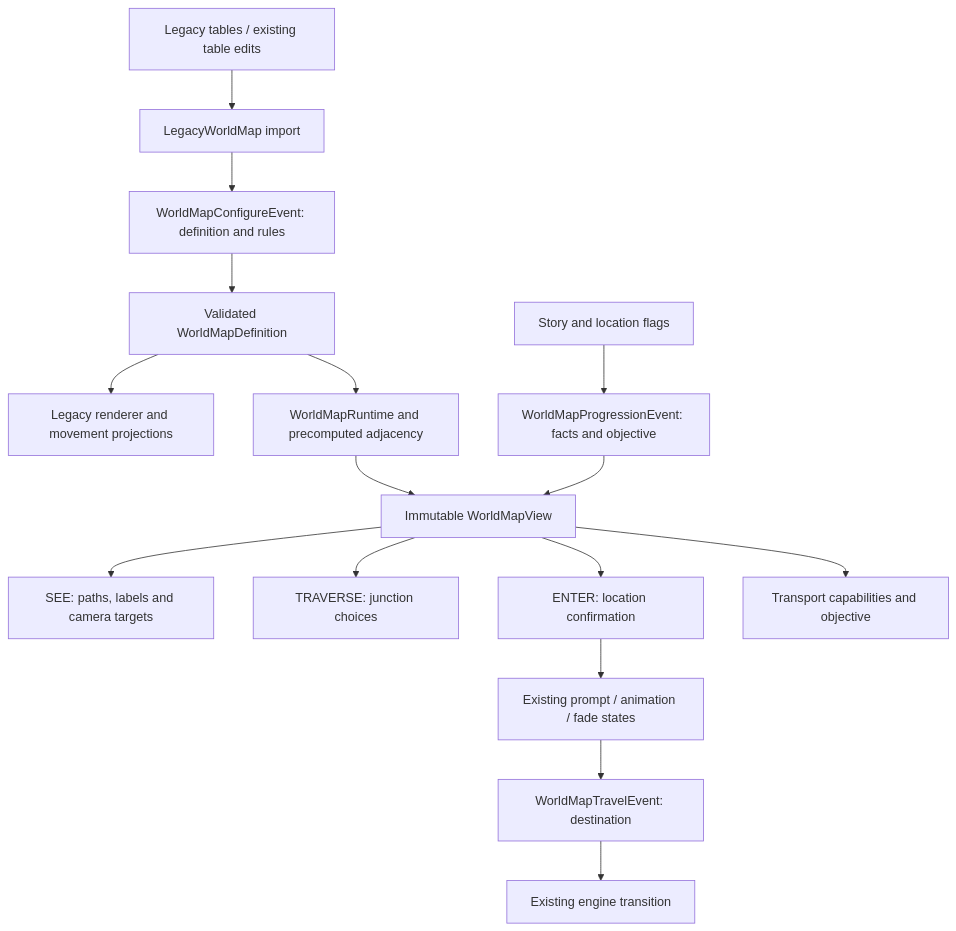
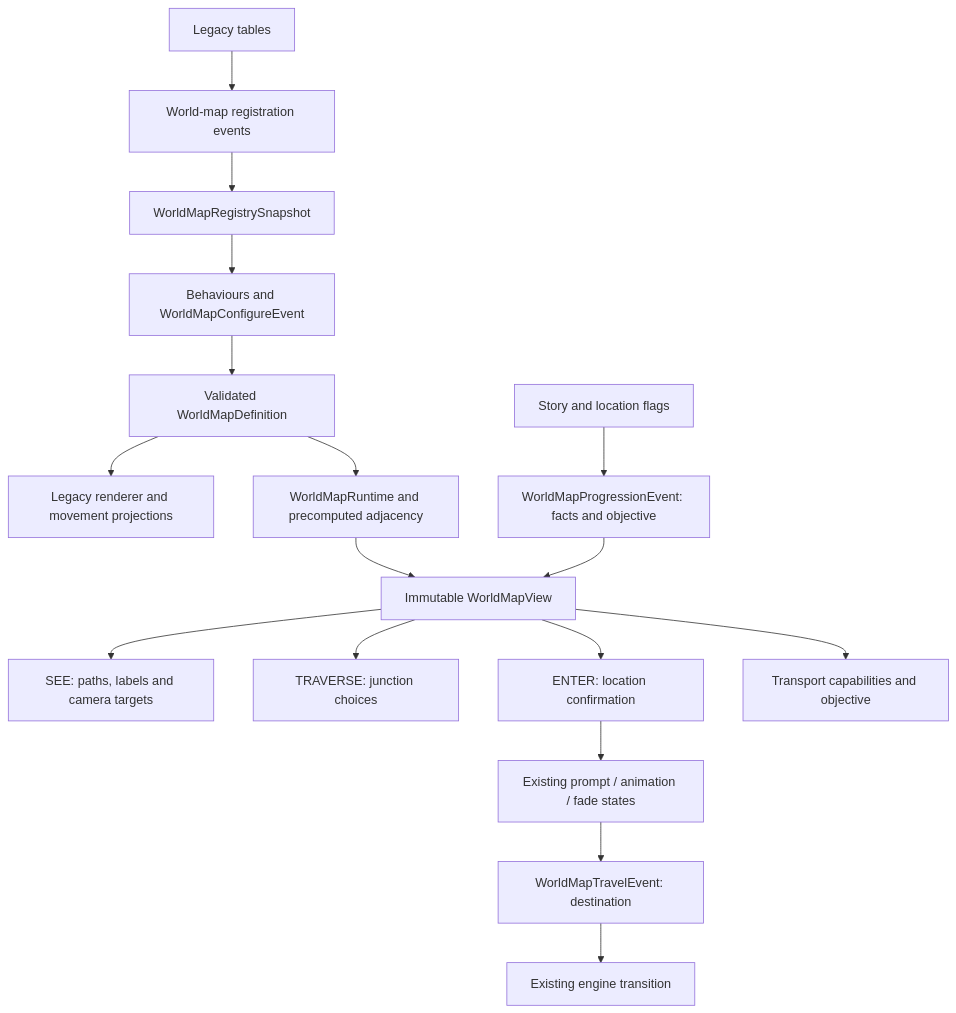
One commit to Legend-of-Dragoon-Modding/Severed-Chains changed the diagram in docs/world-map.md. Above: the diagram before and after it, drawn with Mermaid. The commit also changed other lines of this file and 7 other files, not shown here.

Commit message:
add wmap arrival junction entry and resolved mod events

````diff
--- a/docs/world-map.md
+++ b/docs/world-map.md
@@ -7,18 +9,19 @@
 ```mermaid
 flowchart TD
-  A[Legacy tables / existing table edits] --> B[LegacyWorldMap import]
-  B --> C[WorldMapConfigureEvent: definition and rules]
-  C --> D[Validated WorldMapDefinition]
-  D --> E[Legacy renderer and movement projections]
-  D --> F[WorldMapRuntime and precomputed adjacency]
-  G[Story and location flags] --> H[WorldMapProgressionEvent: facts and objective]
-  H --> I[Immutable WorldMapView]
-  F --> I
-  I --> J[SEE: paths, labels and camera targets]
-  I --> K[TRAVERSE: junction choices]
-  I --> L[ENTER: location confirmation]
-  I --> M[Transport capabilities and objective]
-  L --> N[Existing prompt / animation / fade states]
-  N --> O[WorldMapTravelEvent: destination]
-  O --> P[Existing engine transition]
+    A[Legacy tables] --> B[World-map registration events]
+    B --> C[WorldMapRegistrySnapshot]
+    C --> D[Behaviours and WorldMapConfigureEvent]
+    D --> E[Validated WorldMapDefinition]
+    E --> F[Legacy renderer and movement projections]
+    E --> G[WorldMapRuntime and precomputed adjacency]
+    H[Story and location flags] --> I[WorldMapProgressionEvent: facts and objective]
+    I --> J[Immutable WorldMapView]
+    G --> J
+    J --> K[SEE: paths, labels and camera targets]
+    J --> L[TRAVERSE: junction choices]
+    J --> M[ENTER: location confirmation]
+    J --> N[Transport capabilities and objective]
+    M --> O[Existing prompt / animation / fade states]
+    O --> P[WorldMapTravelEvent: destination]
+    P --> Q[Existing engine transition]
 ```
````
